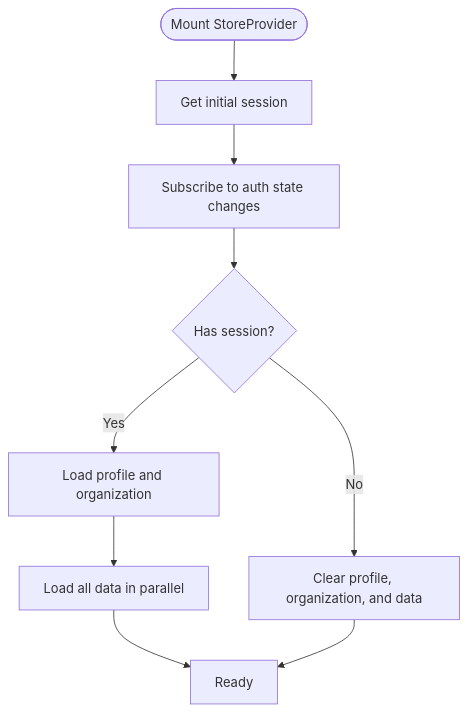
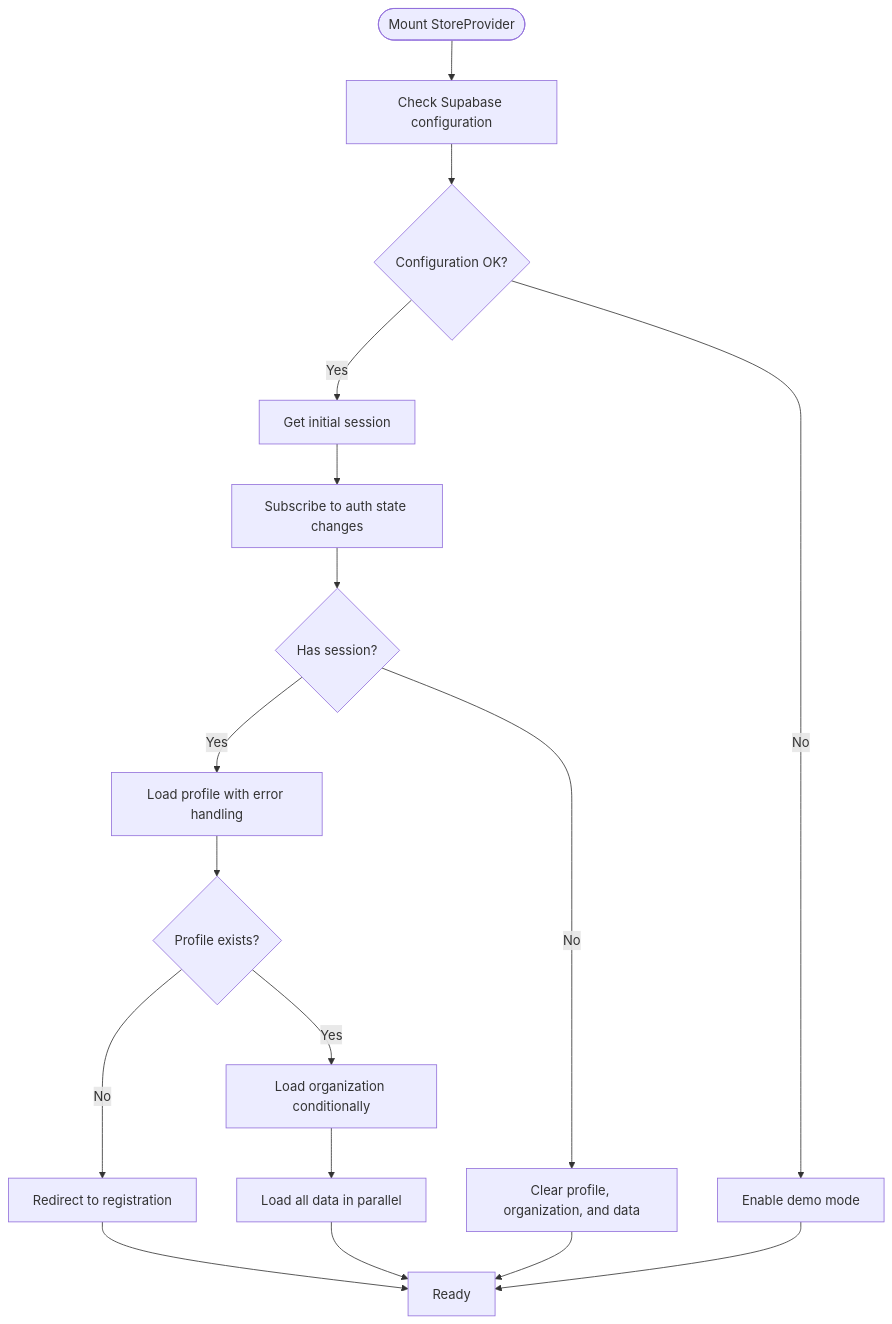
Before and after one commit to netdaniel/serveflow: the fourth of 12 diagrams in .qoder/repowiki/en/content/State Management System/Store Provider Architecture.md, drawn with Mermaid. The commit also changed other lines of this file and 12 other files, not shown here.

````diff
--- a/.qoder/repowiki/en/content/State Management System/Store Provider Architecture.md
+++ b/.qoder/repowiki/en/content/State Management System/Store Provider Architecture.md
@@ -198,11 +248,19 @@
 ```mermaid
 flowchart TD
-Start(["Mount StoreProvider"]) --> GetSession["Get initial session"]
+Start(["Mount StoreProvider"]) --> CheckConfig["Check Supabase configuration"]
+CheckConfig --> ConfigOK{"Configuration OK?"}
+ConfigOK --> |Yes| GetSession["Get initial session"]
+ConfigOK --> |No| DemoMode["Enable demo mode"]
 GetSession --> Subscribe["Subscribe to auth state changes"]
 Subscribe --> HasSession{"Has session?"}
-HasSession --> |Yes| LoadProfile["Load profile and organization"]
+HasSession --> |Yes| LoadProfile["Load profile with error handling"]
 HasSession --> |No| ClearState["Clear profile, organization, and data"]
-LoadProfile --> LoadAllData["Load all data in parallel"]
-LoadAllData --> Ready["Ready"]
+LoadProfile --> ProfileExists{"Profile exists?"}
+ProfileExists --> |Yes| LoadOrg["Load organization conditionally"]
+ProfileExists --> |No| NewUser["Redirect to registration"]
+LoadOrg --> LoadAllData["Load all data in parallel"]
+NewUser --> Ready["Ready"]
+LoadAllData --> Ready
 ClearState --> Ready
+DemoMode --> Ready
 ```
````
